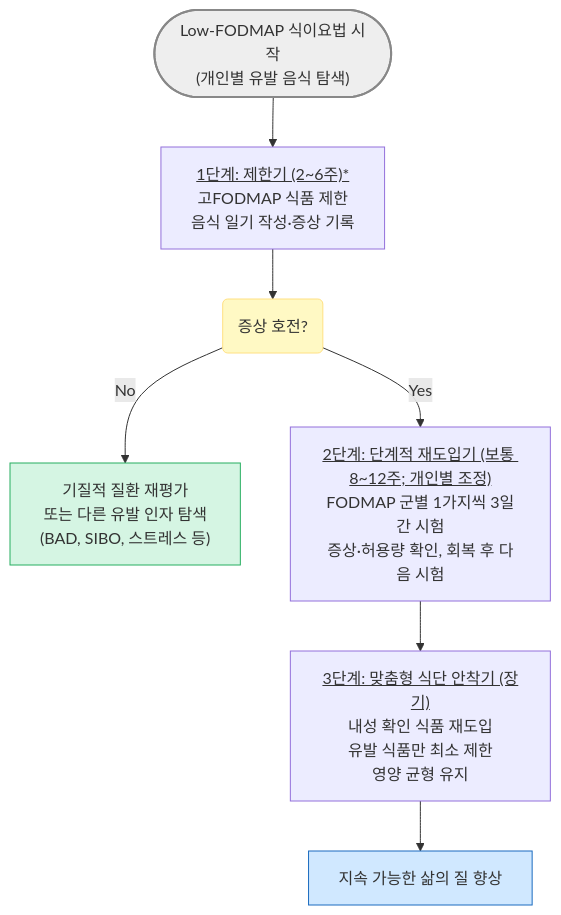
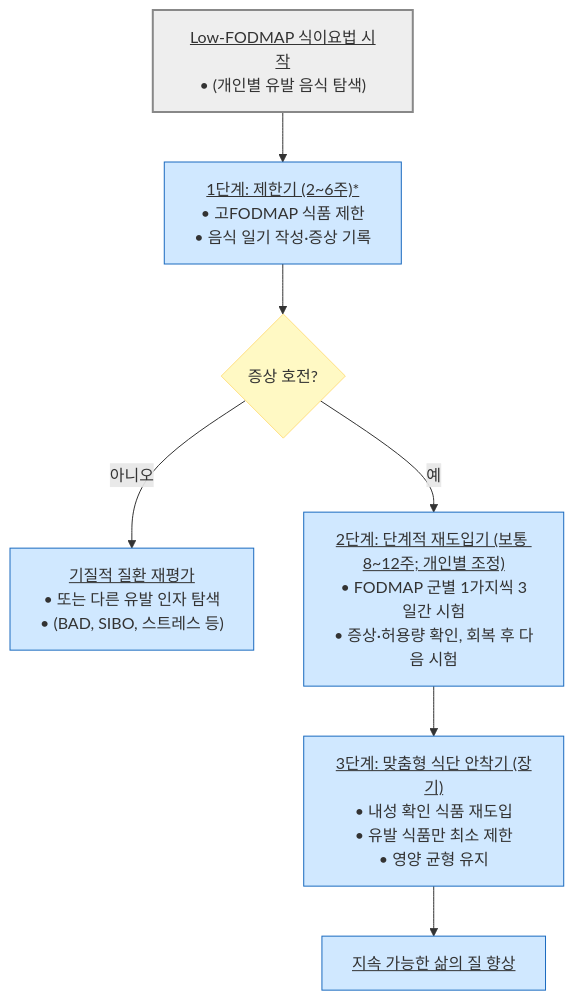
Before and after one commit to familyoh77/familyoh77: the second of 2 diagrams in 224_/087_-ibs.md, drawn with Mermaid. The commit also changed other lines of this file and 8 other files, not shown here.

````diff
--- a/224_/087_-ibs.md
+++ b/224_/087_-ibs.md
@@ -235,24 +237,23 @@
 ```mermaid
-graph TD
-    Start(["Low-FODMAP 식이요법 시작<br>(개인별 유발 음식 탐색)"])
-    P1["<u>1단계: 제한기 (2~6주)*</u><br>고FODMAP 식품 제한<br>음식 일기 작성·증상 기록"]
-    Cond1("증상 호전?")
-    P1_Fail["기질적 질환 재평가<br>또는 다른 유발 인자 탐색<br>(BAD, SIBO, 스트레스 등)"]
-    P2["<u>2단계: 단계적 재도입기 (보통 8~12주; 개인별 조정)</u><br>FODMAP 군별 1가지씩 3일간 시험<br>증상·허용량 확인, 회복 후 다음 시험"]
-    P3["<u>3단계: 맞춤형 식단 안착기 (장기)</u><br>내성 확인 식품 재도입<br>유발 식품만 최소 제한<br>영양 균형 유지"]
-    End2["지속 가능한 삶의 질 향상"]
+flowchart TD
+    Start["<u>Low-FODMAP 식이요법 시작</u><br/>• (개인별 유발 음식 탐색)"]
+    P1["<u>1단계: 제한기 (2~6주)*</u><br/>• 고FODMAP 식품 제한<br/>• 음식 일기 작성·증상 기록"]
+    Cond1{"증상 호전?"}
+    P1_Fail["<u>기질적 질환 재평가</u><br/>• 또는 다른 유발 인자 탐색<br/>• (BAD, SIBO, 스트레스 등)"]
+    P2["<u>2단계: 단계적 재도입기 (보통 8~12주; 개인별 조정)</u><br/>• FODMAP 군별 1가지씩 3일간 시험<br/>• 증상·허용량 확인, 회복 후 다음 시험"]
+    P3["<u>3단계: 맞춤형 식단 안착기 (장기)</u><br/>• 내성 확인 식품 재도입<br/>• 유발 식품만 최소 제한<br/>• 영양 균형 유지"]
+    End2["<u>지속 가능한 삶의 질 향상</u>"]
 
     Start --> P1
     P1 --> Cond1
-    Cond1 -- "No" --> P1_Fail
-    Cond1 -- "Yes" --> P2
+    Cond1 -- "아니오" --> P1_Fail
+    Cond1 -- "예" --> P2
     P2 --> P3
     P3 --> End2
 
 style Start fill:#eeeeee,stroke:#888888,stroke-width:2px
-classDef yellow fill:#fff9c4,stroke:#ffe082
-class Cond1 yellow
+classDef question fill:#fff9c4,stroke:#ffe082
+class Cond1 question
 classDef blue fill:#d0e8ff,stroke:#1a6abf
-class End2 blue
-style P1_Fail fill:#d5f5e3,stroke:#27ae60
+class End2,P1,P2,P3,P1_Fail blue
 ```
````
